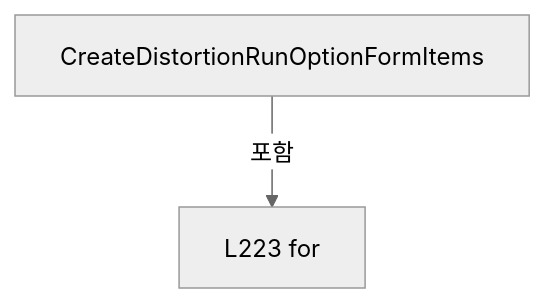
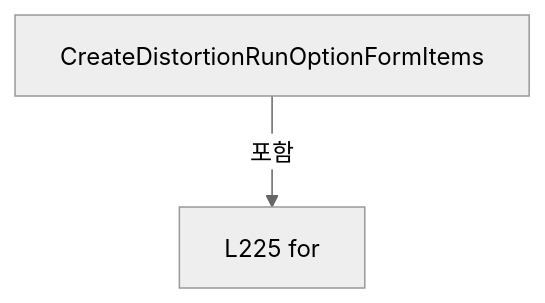
Before and after one commit to kjuws10-rgb/Shared: the fourth of 17 diagrams in A3 LD Code Ref/files/Drilling.File/JHMI/CSettingFile.cs.md, drawn with Mermaid (neutral theme). The commit also changed other lines of this file and 2071 other files, not shown here.

Commit message:
docs(a3): update 11.19.0 architecture and code reference

````diff
--- a/A3 LD Code Ref/files/Drilling.File/JHMI/CSettingFile.cs.md
+++ b/A3 LD Code Ref/files/Drilling.File/JHMI/CSettingFile.cs.md
@@ -1079,6 +1079,6 @@
 ```mermaid
 flowchart TD
  M["CreateDistortionRunOptionFormItems"]
- N0["L223 for"]
+ N0["L225 for"]
  M -->|포함| N0
 ```
````
